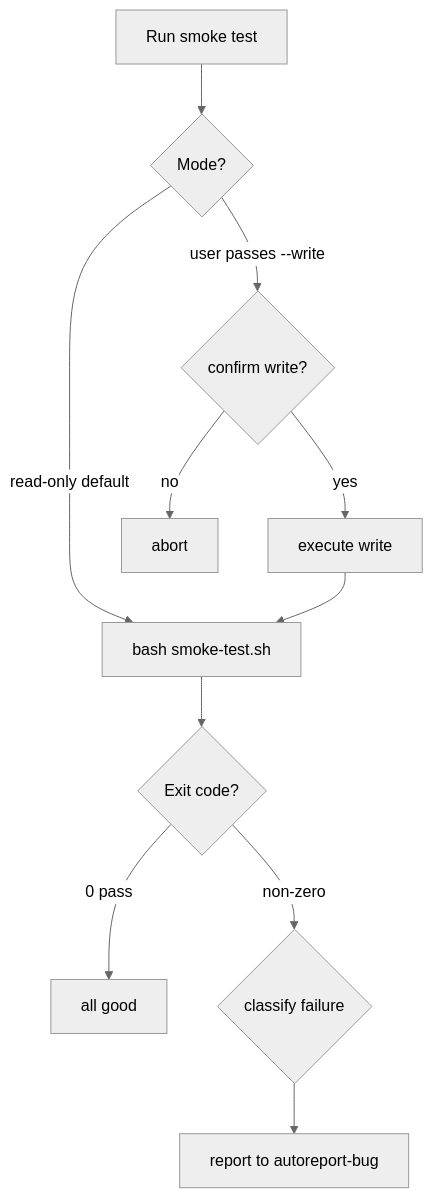
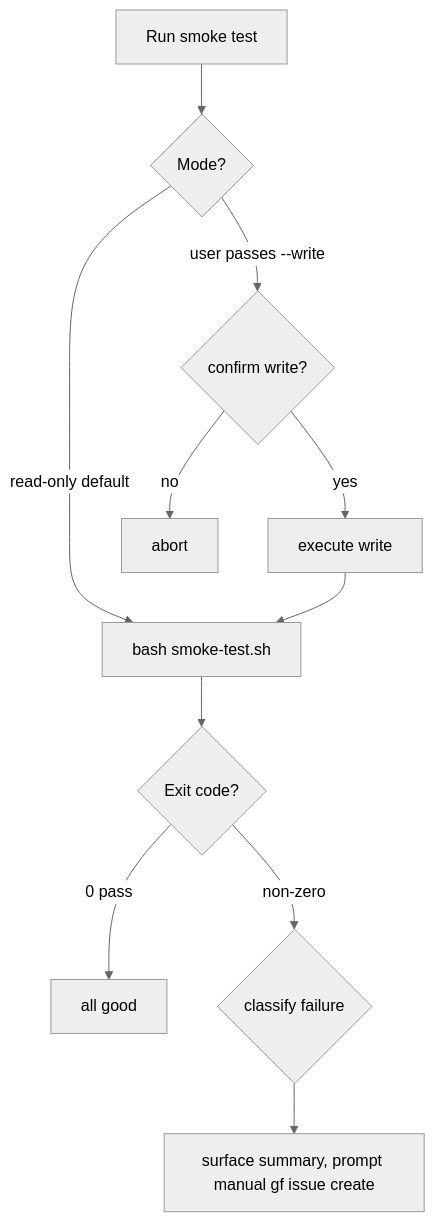
One commit to byx-darwin/gitflow-cli changed the diagram in skills/gf-regression/SKILL.md. Above: the diagram before and after it, drawn with Mermaid (neutral theme). The commit also changed other lines of this file and 9 other files, not shown here.

First line of the commit message:
docs: remove stale auto-report-bug and co-contribution references

````diff
--- a/skills/gf-regression/SKILL.md
+++ b/skills/gf-regression/SKILL.md
@@ -93,13 +93,13 @@
 ```mermaid
 flowchart TD
     START[Run smoke test] --> MODE{Mode?}
     MODE -->|read-only default| EXEC[bash smoke-test.sh]
     MODE -->|user passes --write| CONF{confirm write?}
     CONF -->|yes| WRITE[execute write]
     CONF -->|no| STOP[abort]
     EXEC --> RESULT{Exit code?}
     RESULT -->|0 pass| DONE[all good]
     RESULT -->|non-zero| CLASS{classify failure}
-    CLASS --> REPAIR[report to autoreport-bug]
+    CLASS --> REPAIR[surface summary, prompt manual gf issue create]
     WRITE --> EXEC
 ```
````
